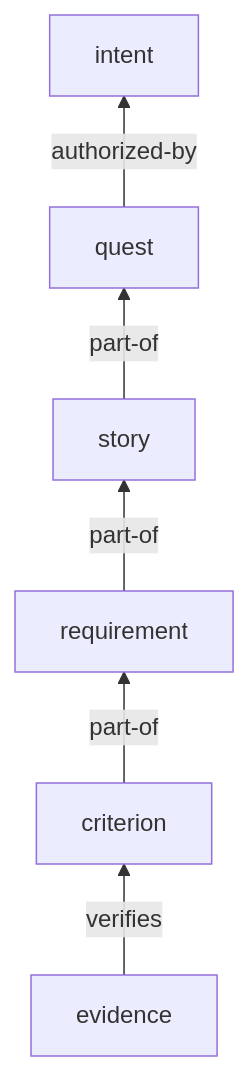
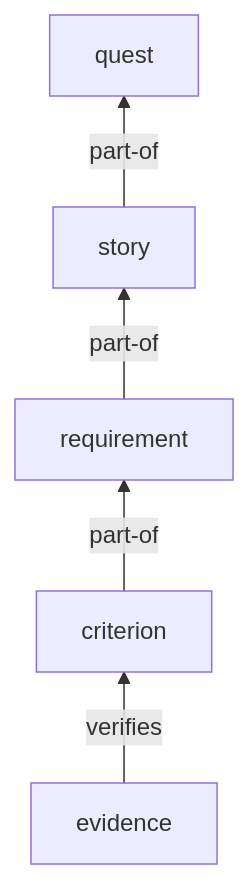
The diagram in docs/diagrams/traceability-chain.mmd (flyingrobots/xyph), drawn with Mermaid before and after one commit. The commit also changed 12 other files, not shown here.

First line of the commit message:
fix: address remaining CodeRabbit PR feedback — docs, diagrams, formatting

```diff
--- a/docs/diagrams/traceability-chain.mmd
+++ b/docs/diagrams/traceability-chain.mmd
@@ -1,6 +1,5 @@
 graph BT
     Evidence["evidence"] -->|verifies| Criterion["criterion"]
     Criterion -->|part-of| Requirement["requirement"]
     Requirement -->|part-of| Story["story"]
     Story -->|part-of| Quest["quest"]
-    Quest -->|authorized-by| Intent["intent"]
```
